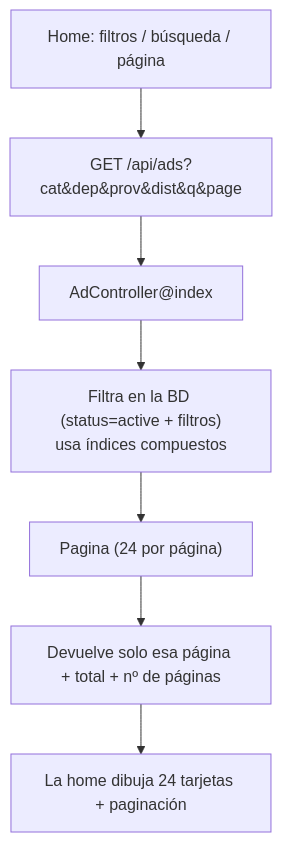
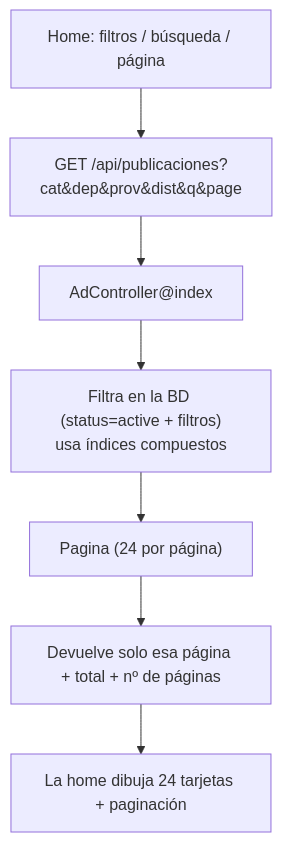
The fifth of 5 diagrams in DIAGRAMAS.md (kitikazis/pasarela-culqi), drawn with Mermaid before and after one commit. The commit also changed 5 other files, not shown here.

First line of the commit message:
fix(api): renombra /api/ads -> /api/publicaciones (lo bloqueaban Brave/uBlock)

````diff
--- a/DIAGRAMAS.md
+++ b/DIAGRAMAS.md
@@ -83,9 +83,9 @@
 ```mermaid
 flowchart TD
-    A["Home: filtros / búsqueda / página"] --> B["GET /api/ads?cat&dep&prov&dist&q&page"]
+    A["Home: filtros / búsqueda / página"] --> B["GET /api/publicaciones?cat&dep&prov&dist&q&page"]
     B --> C["AdController@index"]
     C --> D["Filtra en la BD (status=active + filtros)<br/>usa índices compuestos"]
     D --> E["Pagina (24 por página)"]
     E --> F["Devuelve solo esa página + total + nº de páginas"]
     F --> G["La home dibuja 24 tarjetas + paginación"]
 ```
````
